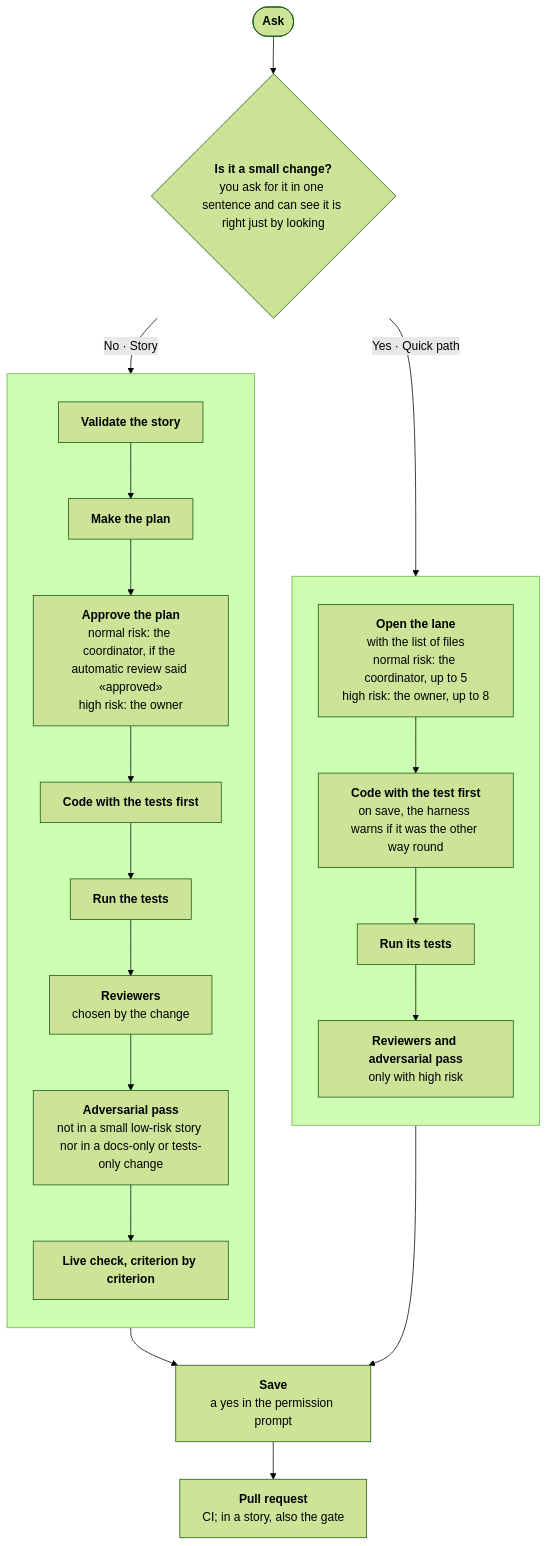
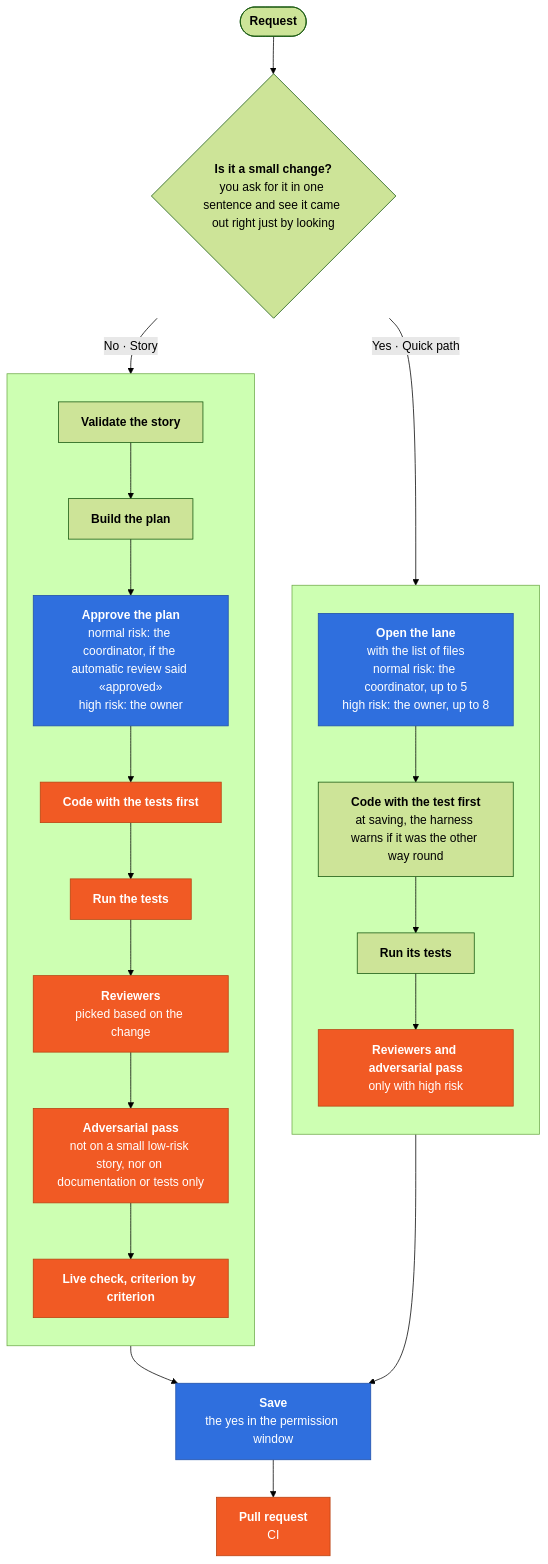
One commit to TYCON-SA/tycon-harness changed the diagram in README.md. Above: the diagram before and after it, drawn with Mermaid (forest theme). The commit also changed other lines of this file and 2 other files, not shown here.

````diff
--- a/README.md
+++ b/README.md
@@ -53,25 +54,29 @@
 ```mermaid
 flowchart TB
-  pedir(["<b>Ask</b>"]) --> chico{"<b>Is it a small change?</b><br/>you ask for it in one sentence and can see it is right just by looking"}
+  pedir(["<b>Request</b>"]) --> chico{"<b>Is it a small change?</b><br/>you ask for it in one sentence and see it came out right just by looking"}
   chico -- "Yes · Quick path" --> r1
   chico -- "No · Story" --> h1
   subgraph rapido [" "]
     direction TB
-    r1["<b>Open the lane</b><br/>with the list of files<br/>normal risk: the coordinator, up to 5<br/>high risk: the owner, up to 8"] --> r2["<b>Code with the test first</b><br/>on save, the harness warns if it was the other way round"]
+    r1["<b>Open the lane</b><br/>with the list of files<br/>normal risk: the coordinator, up to 5<br/>high risk: the owner, up to 8"] --> r2["<b>Code with the test first</b><br/>at saving, the harness warns if it was the other way round"]
     r2 --> r3["<b>Run its tests</b>"]
     r3 --> r4["<b>Reviewers and adversarial pass</b><br/>only with high risk"]
   end
   subgraph historia [" "]
     direction TB
-    h1["<b>Validate the story</b>"] --> h2["<b>Make the plan</b>"]
+    h1["<b>Validate the story</b>"] --> h2["<b>Build the plan</b>"]
     h2 --> h3["<b>Approve the plan</b><br/>normal risk: the coordinator, if the automatic review said «approved»<br/>high risk: the owner"]
     h3 --> h4["<b>Code with the tests first</b>"]
     h4 --> h5["<b>Run the tests</b>"]
-    h5 --> h6["<b>Reviewers</b><br/>chosen by the change"]
-    h6 --> h7["<b>Adversarial pass</b><br/>not in a small low-risk story nor in a docs-only or tests-only change"]
+    h5 --> h6["<b>Reviewers</b><br/>picked based on the change"]
+    h6 --> h7["<b>Adversarial pass</b><br/>not on a small low-risk story, nor on documentation or tests only"]
     h7 --> h8["<b>Live check, criterion by criterion</b>"]
   end
-  r4 --> g1["<b>Save</b><br/>a yes in the permission prompt"]
+  r4 --> g1["<b>Save</b><br/>the yes in the permission window"]
   h8 --> g1
-  g1 --> g2["<b>Pull request</b><br/>CI#59; in a story, also the gate"]
+  g1 --> g2["<b>Pull request</b><br/>CI"]
+  classDef decide fill:#2f6fde,stroke:#1f4fa8,color:#ffffff
+  classDef control fill:#F15A24,stroke:#b8410f,color:#ffffff
+  class r1,h3,g1 decide
+  class r4,h4,h5,h6,h7,h8,g2 control
 ```
````
